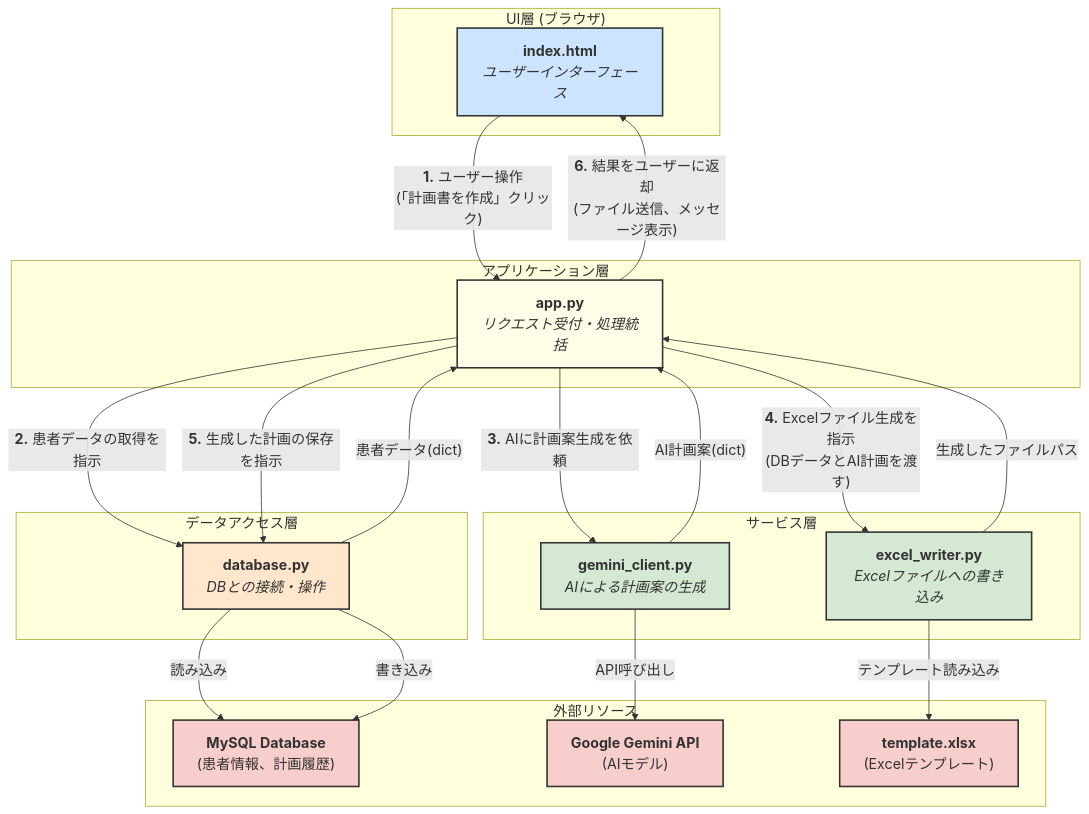
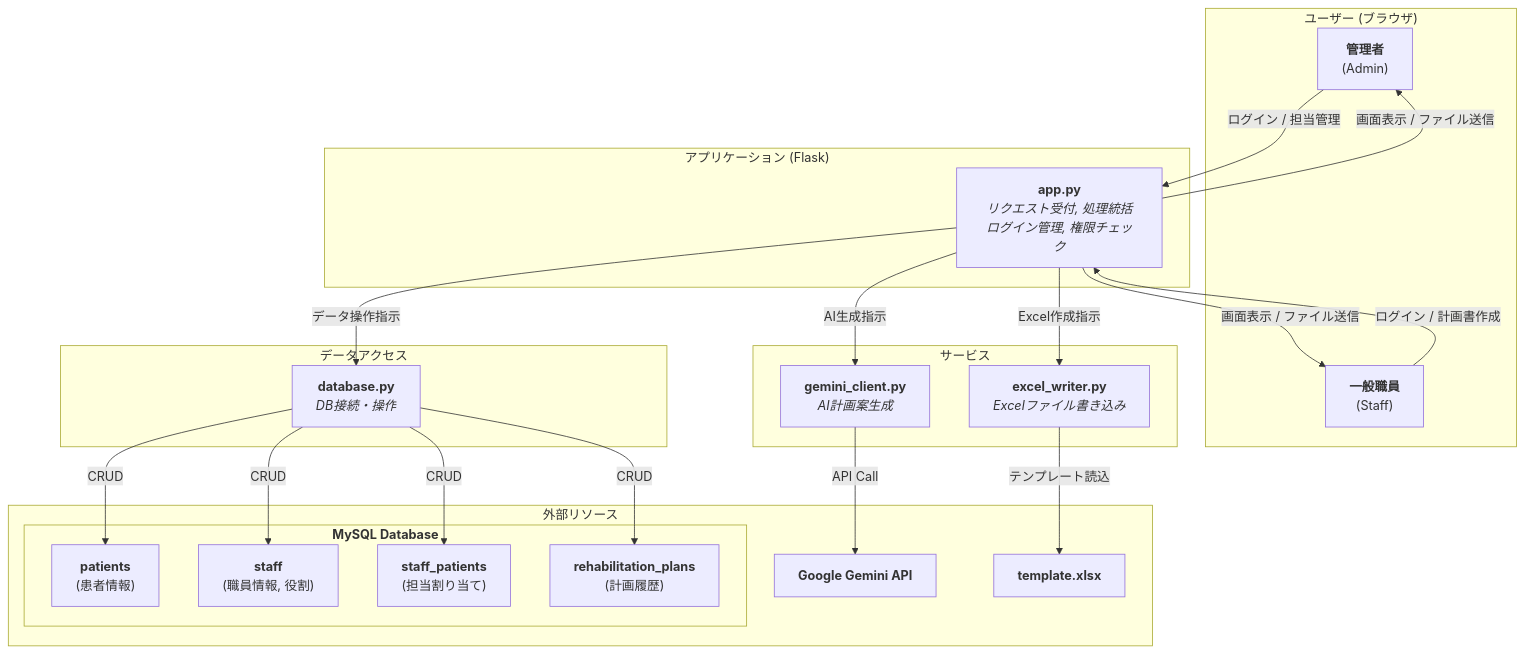
Before and after one commit to YouSayH/local_Rehab-Plan-Generator: the diagram in README.md, drawn with Mermaid. The commit also changed other lines of this file and 14 other files, not shown here.

````diff
--- a/README.md
+++ b/README.md
@@ -29,62 +36,43 @@
 ```mermaid
-%%{init:{
-  'securityLevel':'loose',
-  'flowchart':{ 'htmlLabels':true },
-  'theme':'default',
-  'themeVariables':{ 'fontSize':'18px', 'actorFontSize':'18px', 'noteFontSize':'16px' }
-}}%%
-
+%%{init:{ 'securityLevel':'loose', 'flowchart':{ 'htmlLabels':true }, 'theme':'default', 'themeVariables':{ 'fontSize':'16px' } }}%%
 graph TD
-    subgraph "UI層 (ブラウザ)"
-        A["<b>index.html</b><br/><i>ユーザーインターフェース</i>"]
+    subgraph "ユーザー (ブラウザ)"
+        U_Admin["<b>管理者</b><br/>(Admin)"]
+        U_Staff["<b>一般職員</b><br/>(Staff)"]
     end
 
-    subgraph "アプリケーション層"
-        B["<b>app.py</b><br/><i>リクエスト受付・処理統括</i>"]
+    subgraph "アプリケーション (Flask)"
+        B["<b>app.py</b><br/><i>リクエスト受付, 処理統括<br/>ログイン管理, 権限チェック</i>"]
     end
 
-    subgraph "サービス層"
-        C["<b>gemini_client.py</b><br/><i>AIによる計画案の生成</i>"]
-        D["<b>excel_writer.py</b><br/><i>Excelファイルへの書き込み</i>"]
+    subgraph "サービス"
+        C["<b>gemini_client.py</b><br/><i>AI計画案生成</i>"]
+        D["<b>excel_writer.py</b><br/><i>Excelファイル書き込み</i>"]
     end
 
-    subgraph "データアクセス層"
-        E["<b>database.py</b><br/><i>DBとの接続・操作</i>"]
+    subgraph "データアクセス"
+        E["<b>database.py</b><br/><i>DB接続・操作</i>"]
     end
 
     subgraph "外部リソース"
-        F["<b>MySQL Database</b><br/>(患者情報、計画履歴)"]
-        G["<b>Google Gemini API</b><br/>(AIモデル)"]
-        H["<b>template.xlsx</b><br/>(Excelテンプレート)"]
+        subgraph "<b>MySQL Database</b>"
+            F1["<b>patients</b><br/>(患者情報)"]
+            F2["<b>staff</b><br/>(職員情報, 役割)"]
+            F3["<b>staff_patients</b><br/>(担当割り当て)"]
+            F4["<b>rehabilitation_plans</b><br/>(計画履歴)"]
+        end
+        G["<b>Google Gemini API</b>"]
+        H["<b>template.xlsx</b>"]
     end
 
-    %% --- 処理フロー ---
-    A -- "<b>1.</b> ユーザー操作<br/>(「計画書を作成」クリック)" --> B;
-
-    B -- "<b>2.</b> 患者データの取得を指示" --> E;
-    E -- "読み込み" --> F;
-    E -- "患者データ(dict)" --> B;
-
-    B -- "<b>3.</b> AIに計画案生成を依頼" --> C;
-    C -- "API呼び出し" --> G;
-    C -- "AI計画案(dict)" --> B;
-
-    B -- "<b>4.</b> Excelファイル生成を指示<br/>(DBデータとAI計画を渡す)" --> D;
-    D -- "テンプレート読み込み" --> H;
-    D -- "生成したファイルパス" --> B;
-
-    B -- "<b>5.</b> 生成した計画の保存を指示" --> E;
-    E -- "書き込み" --> F;
-
-    B -- "<b>6.</b> 結果をユーザーに返却<br/>(ファイル送信、メッセージ表示)" --> A;
-    
-    %% --- スタイルの定義 ---
-    style A fill:#cde4ff,stroke:#333,stroke-width:2px
-    style B fill:#fffde7,stroke:#333,stroke-width:2px
-    style C fill:#d5e8d4,stroke:#333,stroke-width:2px
-    style D fill:#d5e8d4,stroke:#333,stroke-width:2px
-    style E fill:#ffe6cc,stroke:#333,stroke-width:2px
-    style F fill:#f8cecc,stroke:#333,stroke-width:2px
-    style G fill:#f8cecc,stroke:#333,stroke-width:2px
-    style H fill:#f8cecc,stroke:#333,stroke-width:2px
+    %% --- フロー ---
+    U_Admin -- "ログイン / 担当管理" --> B
+    U_Staff -- "ログイン / 計画書作成" --> B
+    B -- "データ操作指示" --> E
+    E -- "CRUD" --> F1 & F2 & F3 & F4
+    B -- "AI生成指示" --> C
+    C -- "API Call" --> G
+    B -- "Excel作成指示" --> D
+    D -- "テンプレート読込" --> H
+    B -- "画面表示 / ファイル送信" --> U_Admin & U_Staff
 ```
````
